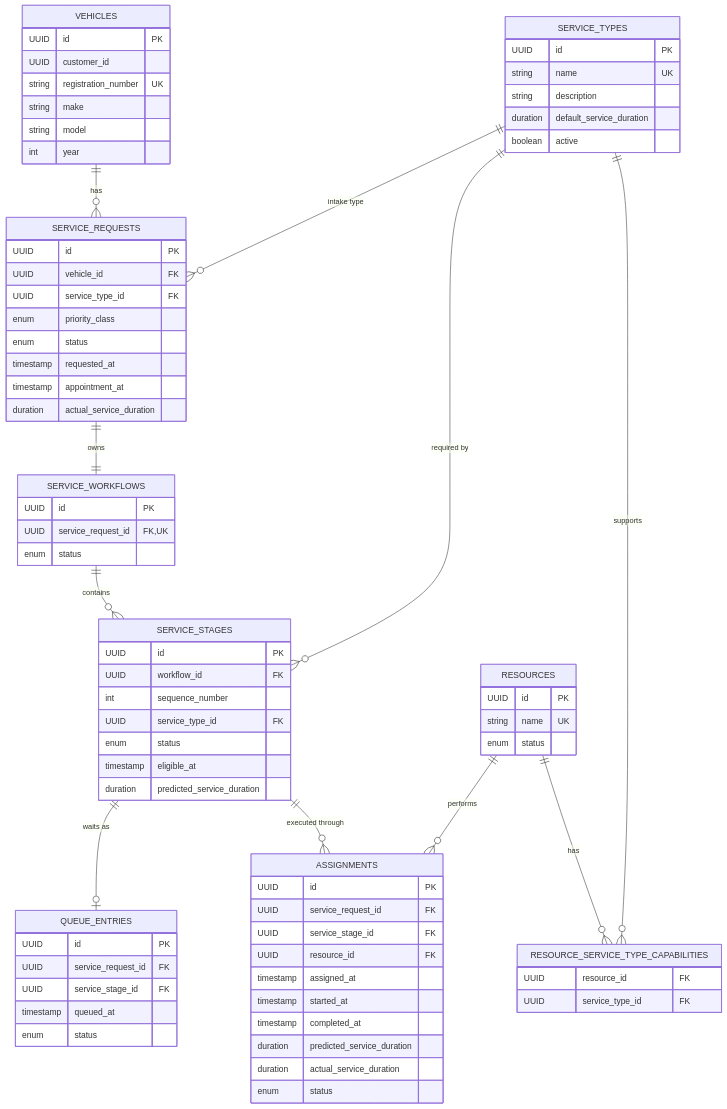
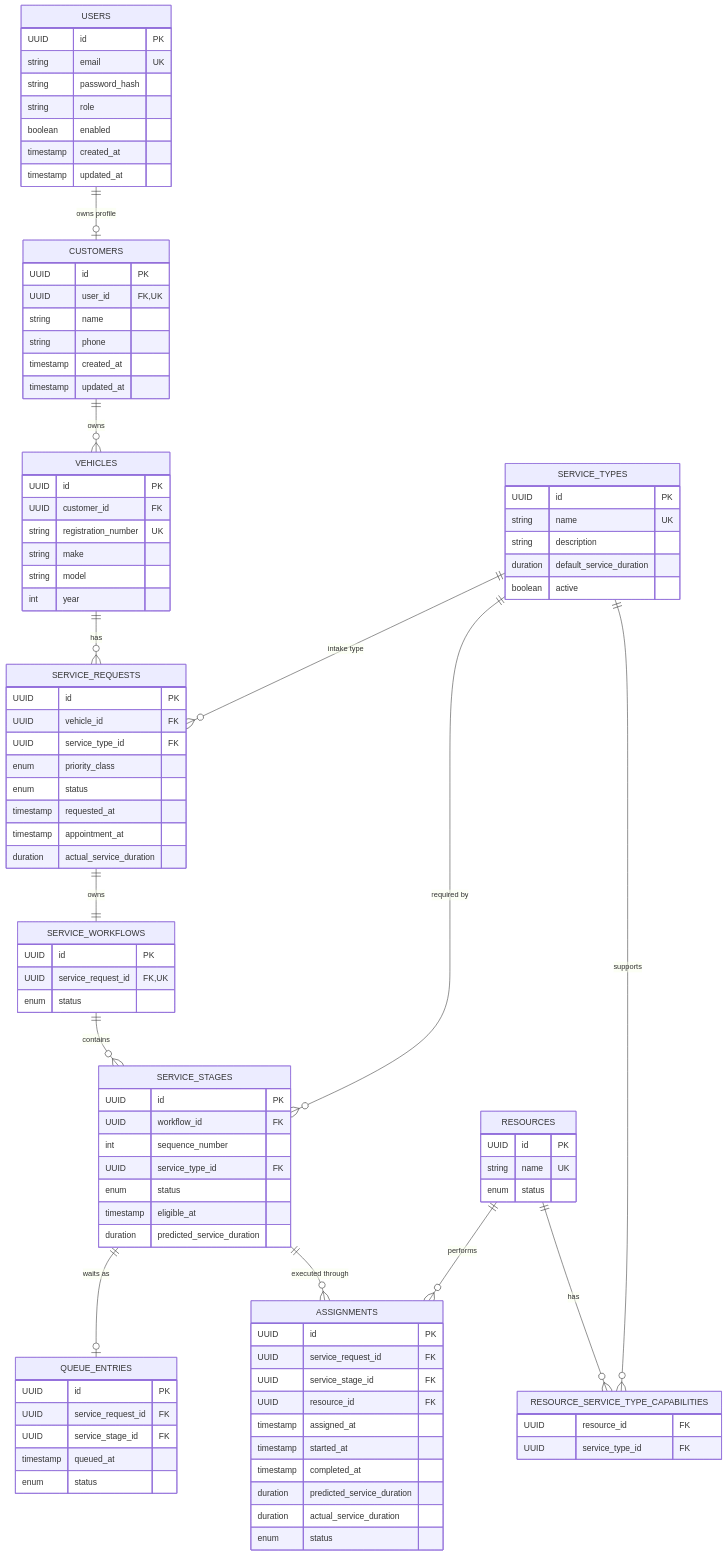
One commit to nikshep-root/OptiServe changed the diagram in README.md. Above: the diagram before and after it, drawn with Mermaid. The commit also changed other lines of this file and 34 other files, not shown here.

````diff
--- a/README.md
+++ b/README.md
@@ -815,5 +825,7 @@
 ```mermaid
 erDiagram
+    USERS ||--o| CUSTOMERS : "owns profile"
+    CUSTOMERS ||--o{ VEHICLES : "owns"
     VEHICLES ||--o{ SERVICE_REQUESTS : "has"
     SERVICE_TYPES ||--o{ SERVICE_REQUESTS : "intake type"
     SERVICE_REQUESTS ||--|| SERVICE_WORKFLOWS : "owns"
@@ -827,9 +839,28 @@
     SERVICE_STAGES ||--o{ ASSIGNMENTS : "executed through"
     RESOURCES ||--o{ ASSIGNMENTS : "performs"
 
+    USERS {
+        UUID id PK
+        string email UK
+        string password_hash
+        string role
+        boolean enabled
+        timestamp created_at
+        timestamp updated_at
+    }
+
+    CUSTOMERS {
+        UUID id PK
+        UUID user_id FK, UK
+        string name
+        string phone
+        timestamp created_at
+        timestamp updated_at
+    }
+
     VEHICLES {
         UUID id PK
-        UUID customer_id
+        UUID customer_id FK
         string registration_number UK
         string make
         string model
````
